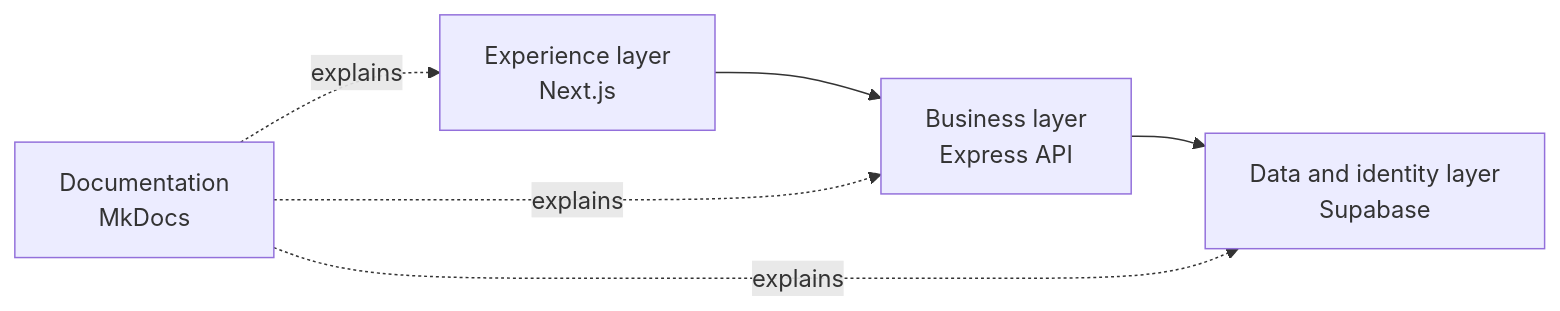
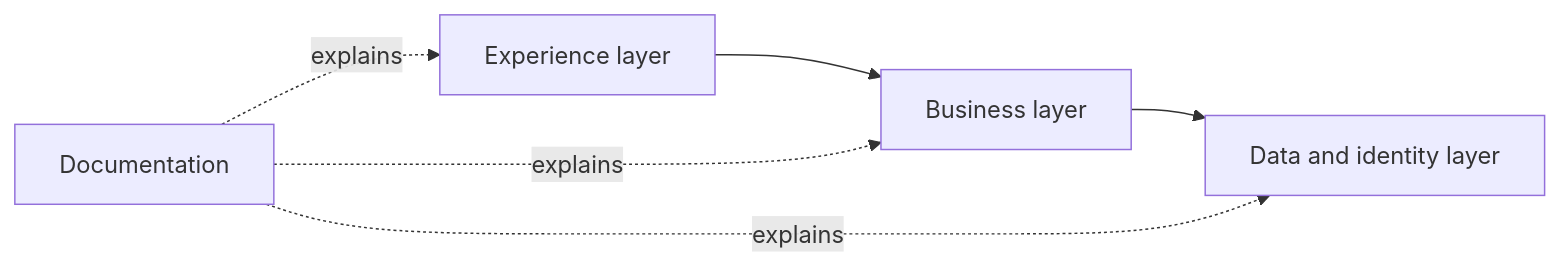
The first of 2 diagrams in docs/product/technology-and-design-decisions.md (MakomaneTau/marketplace-docs), drawn with Mermaid before and after one commit. The commit also changed other lines of this file and 5 other files, not shown here.

Commit message:
fix(docs): render responsive Mermaid diagrams

````diff
--- a/docs/product/technology-and-design-decisions.md
+++ b/docs/product/technology-and-design-decisions.md
@@ -17,8 +17,8 @@
 ```mermaid
 flowchart LR
-  UI[Experience layer\nNext.js] --> API[Business layer\nExpress API]
-  API --> DATA[Data and identity layer\nSupabase]
-  DOCS[Documentation\nMkDocs] -. explains .-> UI
+  UI[Experience layer] --> API[Business layer]
+  API --> DATA[Data and identity layer]
+  DOCS[Documentation] -. explains .-> UI
   DOCS -. explains .-> API
   DOCS -. explains .-> DATA
 ```
````
